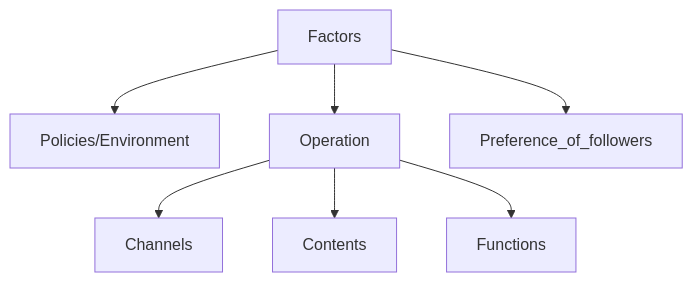
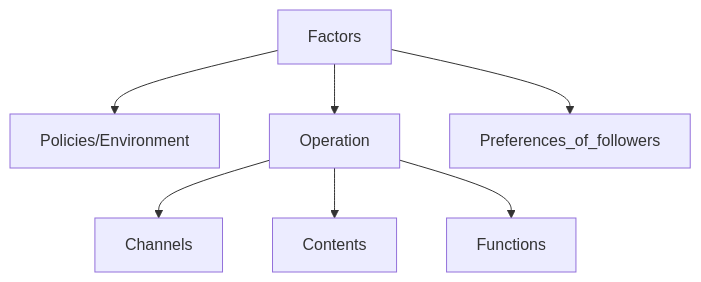
One commit to goooooooooooogle/just-the-docs-template changed the diagram in index.md. Above: the diagram before and after it, drawn with Mermaid. The commit also changed other lines of this file, not shown here.

````diff
--- a/index.md
+++ b/index.md
@@ -29,9 +31,9 @@
 ```mermaid
 graph
     Factors-->Policies/Environment
     Factors-->Operation
     Operation-->Channels
     Operation-->Contents
     Operation-->Functions
-    Factors-->Preference_of_followers
+    Factors-->Preferences_of_followers
 ```
````
